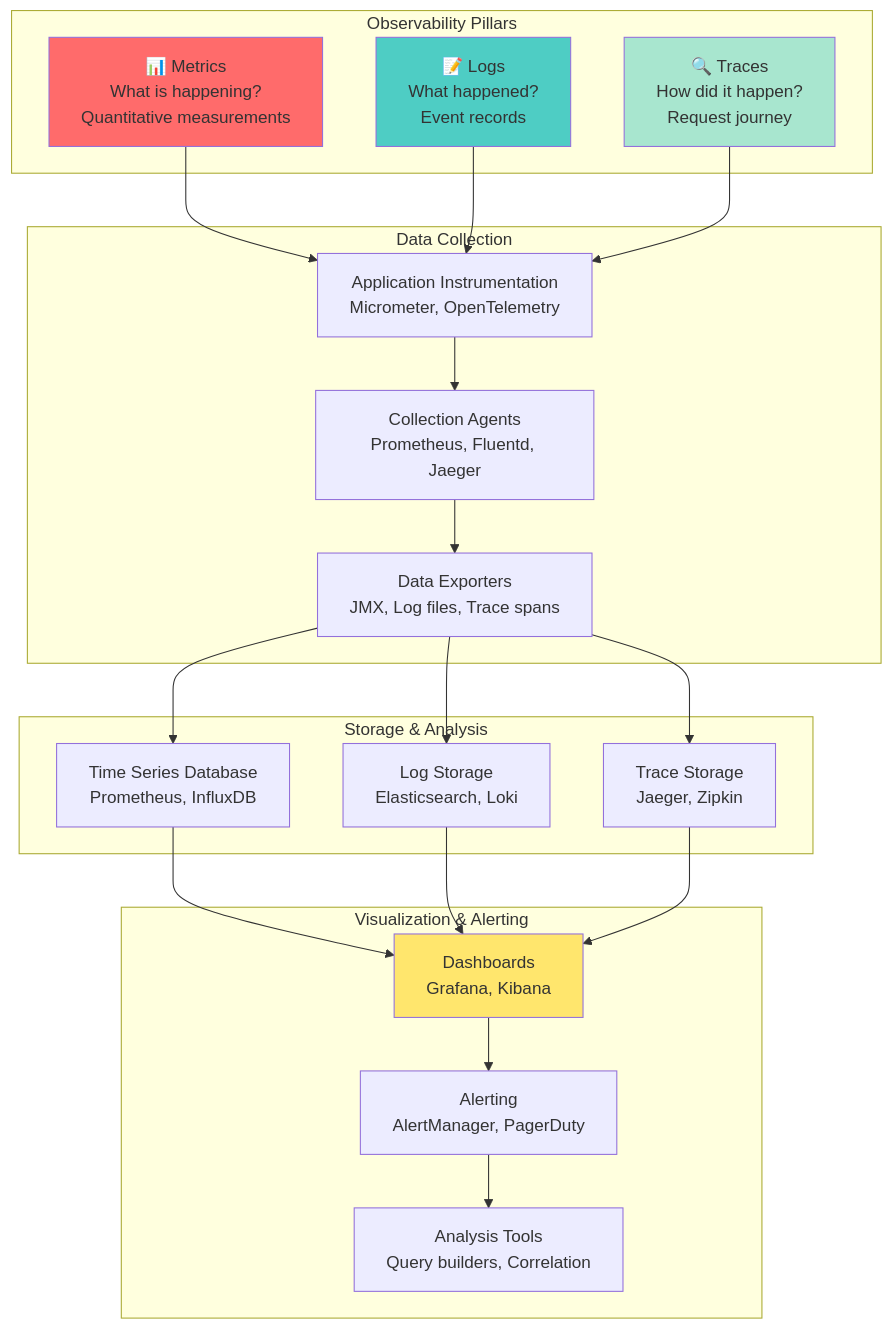
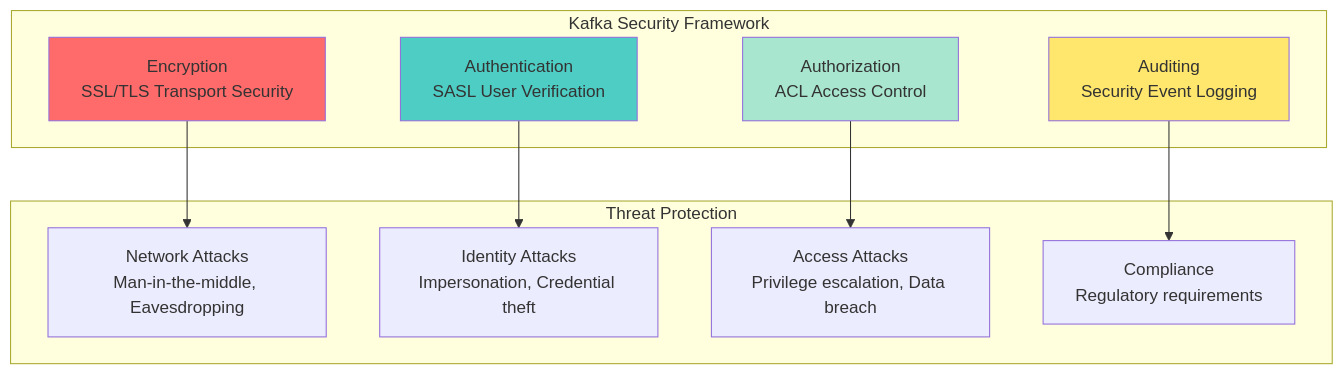
Before and after one commit to vorrawut/KafkaStarter: the first of 9 diagrams in class/modules/lesson_19/concept.md, drawn with Mermaid. The commit also changed other lines of this file and 204 other files, not shown here.

````diff
--- a/class/modules/lesson_19/concept.md
+++ b/class/modules/lesson_19/concept.md
@@ -18,49 +18,26 @@
 ```mermaid
 graph TB
-    subgraph "Observability Pillars"
-        METRICS[📊 Metrics<br/>What is happening?<br/>Quantitative measurements]
-        LOGS[📝 Logs<br/>What happened?<br/>Event records]
-        TRACES[🔍 Traces<br/>How did it happen?<br/>Request journey]
+    subgraph "Kafka Security Framework"
+        ENCRYPTION[Encryption<br/>SSL/TLS Transport Security]
+        AUTHENTICATION[Authentication<br/>SASL User Verification]
+        AUTHORIZATION[Authorization<br/>ACL Access Control]
+        AUDIT[Auditing<br/>Security Event Logging]
     end
     
-    subgraph "Data Collection"
-        INSTRUMENTATION[Application Instrumentation<br/>Micrometer, OpenTelemetry]
-        AGENTS[Collection Agents<br/>Prometheus, Fluentd, Jaeger]
-        EXPORTERS[Data Exporters<br/>JMX, Log files, Trace spans]
+    subgraph "Threat Protection"
+        NETWORK[Network Attacks<br/>Man-in-the-middle, Eavesdropping]
+        IDENTITY[Identity Attacks<br/>Impersonation, Credential theft]
+        ACCESS[Access Attacks<br/>Privilege escalation, Data breach]
+        COMPLIANCE[Compliance<br/>Regulatory requirements]
     end
     
-    subgraph "Storage & Analysis"
-        TSDB[Time Series Database<br/>Prometheus, InfluxDB]
-        LOG_STORE[Log Storage<br/>Elasticsearch, Loki]
-        TRACE_STORE[Trace Storage<br/>Jaeger, Zipkin]
-    end
+    ENCRYPTION --> NETWORK
+    AUTHENTICATION --> IDENTITY
+    AUTHORIZATION --> ACCESS
+    AUDIT --> COMPLIANCE
     
-    subgraph "Visualization & Alerting"
-        DASHBOARDS[Dashboards<br/>Grafana, Kibana]
-        ALERTS[Alerting<br/>AlertManager, PagerDuty]
-        ANALYSIS[Analysis Tools<br/>Query builders, Correlation]
-    end
-    
-    METRICS --> INSTRUMENTATION
-    LOGS --> INSTRUMENTATION
-    TRACES --> INSTRUMENTATION
-    
-    INSTRUMENTATION --> AGENTS
-    AGENTS --> EXPORTERS
-    
-    EXPORTERS --> TSDB
-    EXPORTERS --> LOG_STORE
-    EXPORTERS --> TRACE_STORE
-    
-    TSDB --> DASHBOARDS
-    LOG_STORE --> DASHBOARDS
-    TRACE_STORE --> DASHBOARDS
-    
-    DASHBOARDS --> ALERTS
-    ALERTS --> ANALYSIS
-    
-    style METRICS fill:#ff6b6b
-    style LOGS fill:#4ecdc4
-    style TRACES fill:#a8e6cf
-    style DASHBOARDS fill:#ffe66d
+    style ENCRYPTION fill:#ff6b6b
+    style AUTHENTICATION fill:#4ecdc4
+    style AUTHORIZATION fill:#a8e6cf
+    style AUDIT fill:#ffe66d
 ```
````
